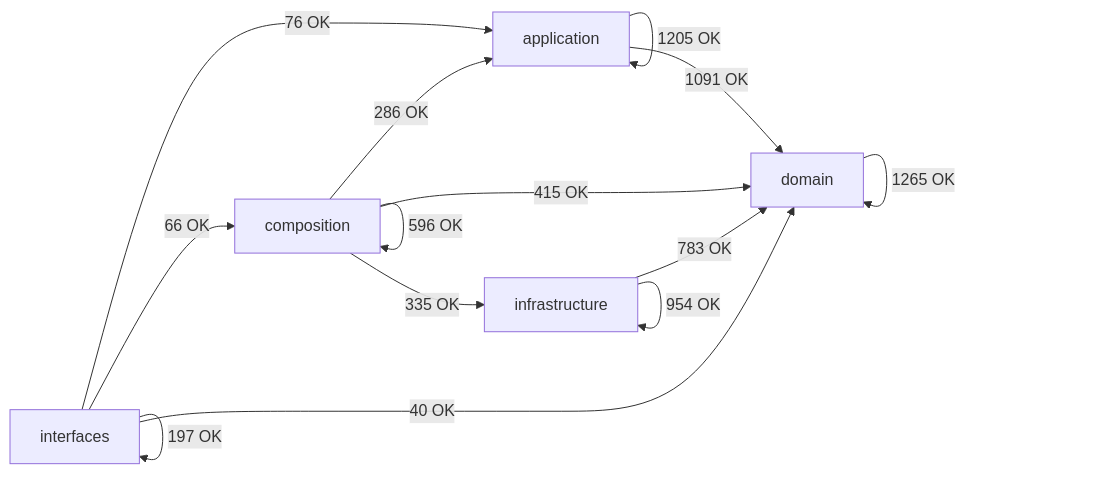
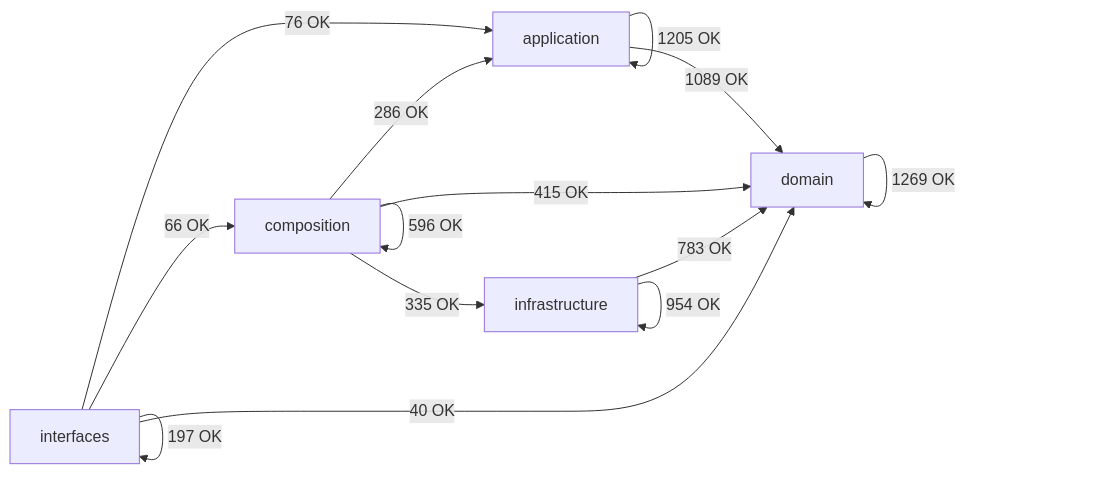
One commit to SatoryKono/BioactivityDataAcquisition changed the diagram in docs/02-architecture/generated/module-dependency-map.md. Above: the diagram before and after it, drawn with Mermaid. The commit also changed other lines of this file and 61 other files, not shown here.

````diff
--- a/docs/02-architecture/generated/module-dependency-map.md
+++ b/docs/02-architecture/generated/module-dependency-map.md
@@ -17,21 +17,21 @@
 ```mermaid
 flowchart LR
     domain[domain]
     application[application]
     infrastructure[infrastructure]
     composition[composition]
     interfaces[interfaces]
     application -->|1205 OK| application
-    application -->|1091 OK| domain
+    application -->|1089 OK| domain
     composition -->|286 OK| application
     composition -->|596 OK| composition
     composition -->|415 OK| domain
     composition -->|335 OK| infrastructure
-    domain -->|1265 OK| domain
+    domain -->|1269 OK| domain
     infrastructure -->|783 OK| domain
     infrastructure -->|954 OK| infrastructure
     interfaces -->|76 OK| application
     interfaces -->|66 OK| composition
     interfaces -->|40 OK| domain
     interfaces -->|197 OK| interfaces
 ```
````
